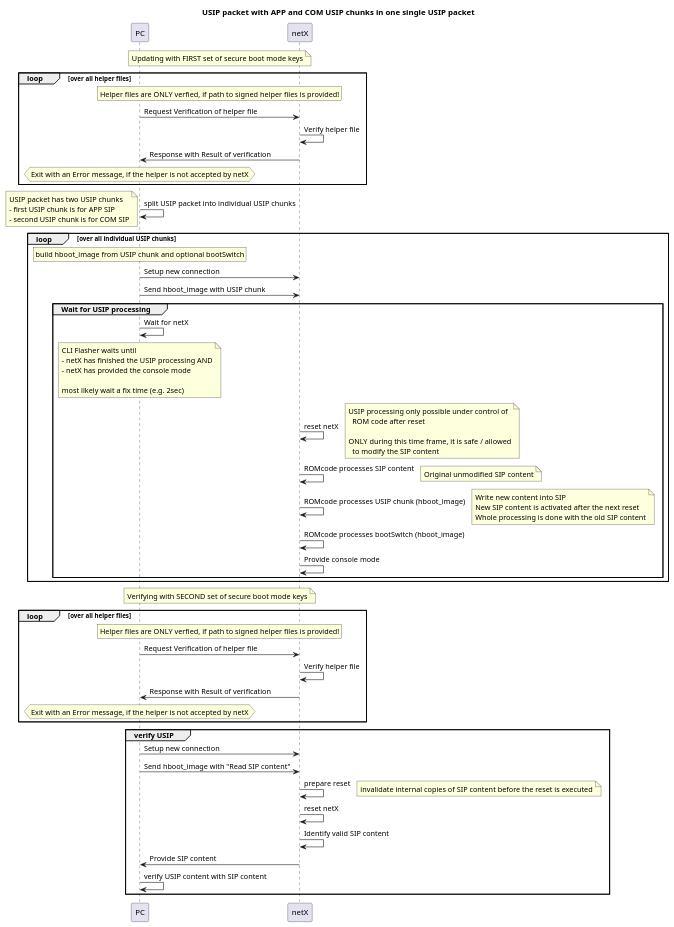
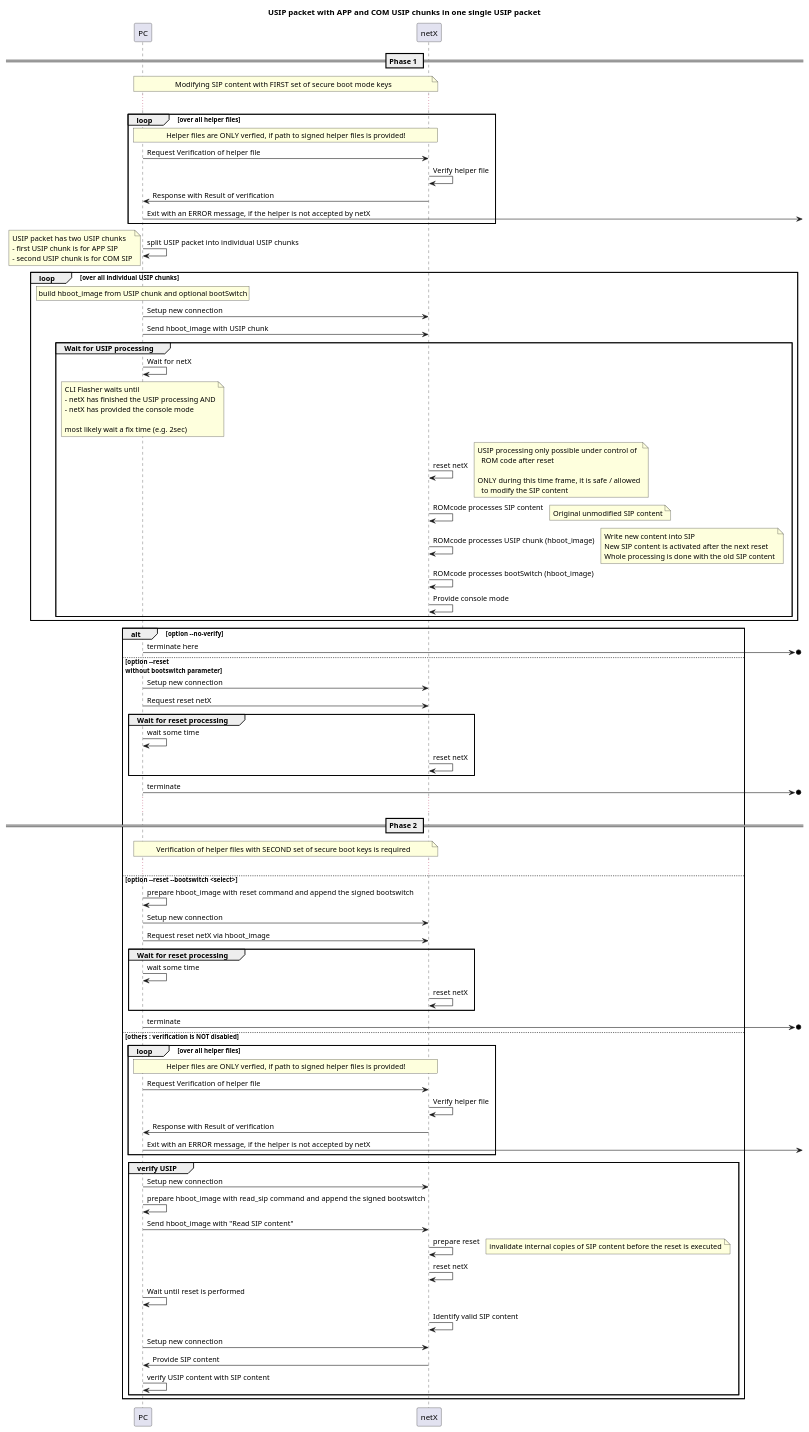
Before and after one commit to muhkuh-sys/org.muhkuh.tools-flasher: the diagram in doc/ImplementationDetails/USIP-Handling.plantuml, drawn with PlantUML.

Commit message:
[docu] improve documentation

```diff
--- a/doc/ImplementationDetails/USIP-Handling.plantuml
+++ b/doc/ImplementationDetails/USIP-Handling.plantuml
@@ -1,122 +1,179 @@
 @startuml
 
 ' USIP-Handling
 ' Sequence diagram
 
 /'
 
 '/
 
 title USIP packet with APP and COM USIP chunks in one single USIP packet
 
-note over PC, netX: Updating with FIRST set of secure boot mode keys 
+== Phase 1 ==
+note over PC, netX: Modifying SIP content with  FIRST set of secure boot mode keys 
+...
 
 loop over all helper files
   rnote across
     Helper files are ONLY verfied, if path to signed helper files is provided!
   endrnote
 
   PC -> netX: Request Verification of helper file
   netX -> netX: Verify helper file
   netX -> PC: Response with Result of verification
 
-  hnote over PC
-    Exit with an Error message, if the helper is not accepted by netX
-  endhnote
+  PC ->]: Exit with an ERROR message, if the helper is not accepted by netX
+
 end
 
 PC -> PC: split USIP packet into individual USIP chunks
 note left
 USIP packet has two USIP chunks
 - first USIP chunk is for APP SIP
 - second USIP chunk is for COM SIP
 end note
 
 
 loop over all individual USIP chunks
   rnote over PC
     build hboot_image from USIP chunk and optional bootSwitch
   endrnote
   
   PC -> netX: Setup new connection
   
   PC -> netX: Send hboot_image with USIP chunk
   
   group Wait for USIP processing
   
 
     PC -> PC: Wait for netX
     note over PC
       CLI Flasher waits until
       - netX has finished the USIP processing AND
       - netX has provided the console mode
   
       most likely wait a fix time (e.g. 2sec)
     end note
   
     netX -> netX: reset netX
     note right
       USIP processing only possible under control of
         ROM code after reset
     
       ONLY during this time frame, it is safe / allowed
         to modify the SIP content
     end note
     
     netX -> netX: ROMcode processes SIP content
     note right
       Original unmodified SIP content
     end note
     
     netX -> netX: ROMcode processes USIP chunk (hboot_image)
      note right
       Write new content into SIP
       New SIP content is activated after the next reset
       Whole processing is done with the old SIP content
     end note
 
     netX -> netX: ROMcode processes bootSwitch (hboot_image)
     
     netX -> netX: Provide console mode
   end
 
 end
 
-note across: Verifying with SECOND set of secure boot mode keys 
+/' check different command options
+  --reset perform a reset
 
-loop over all helper files
-  rnote across
-    Helper files are ONLY verfied, if path to signed helper files is provided!
-  endrnote
+'/
 
-  PC -> netX: Request Verification of helper file
-  netX -> netX: Verify helper file
-  netX -> PC: Response with Result of verification
+alt option --no-verify 
 
-  hnote over PC
-    Exit with an Error message, if the helper is not accepted by netX
-  endhnote
-end
+  PC ->o] : terminate here
 
-group verify USIP
+else option --reset\nwithout bootswitch parameter
 
   PC -> netX: Setup new connection
 
-  PC -> netX: Send hboot_image with "Read SIP content"
+  PC -> netX: Request reset netX
 
-  netX -> netX: prepare reset
-  note right
-    invalidate internal copies of SIP content before the reset is executed
-  end note
+  group Wait for reset processing
 
-  netX -> netX: reset netX
+      PC -> PC: wait some time
+      netX -> netX : reset netX
 
-  netX -> netX: Identify valid SIP content
+  end
 
-  netX -> PC: Provide SIP content
+  PC ->o] : terminate
 
-  PC -> PC: verify USIP content with SIP content
+...
+== Phase 2 ==
+  note across: Verification of helper files with SECOND set of secure boot keys is required
+...
 
+' string "--" should be written as <U+002D>-
+' if the string "--"" occurs two times, than it is translated to cross the word inbetween
+else option <U+002D>-reset <U+002D>-bootswitch <select>
+
+  PC -> PC: prepare hboot_image with reset command and append the signed bootswitch
+
+  PC -> netX: Setup new connection
+
+  PC -> netX: Request reset netX via hboot_image
+
+  group Wait for reset processing
+
+      PC -> PC: wait some time
+      netX -> netX : reset netX
+
+  end
+
+  PC ->o] : terminate
+
+
+' do a verification
+else others : verification is NOT disabled
+    
+  loop over all helper files
+    rnote across
+      Helper files are ONLY verfied, if path to signed helper files is provided!
+    endrnote
+  
+    PC -> netX: Request Verification of helper file
+    netX -> netX: Verify helper file
+    netX -> PC: Response with Result of verification
+  
+    PC ->]: Exit with an ERROR message, if the helper is not accepted by netX
+  end
+  
+  group verify USIP
+  
+    PC -> netX: Setup new connection
+  
+    PC -> PC: prepare hboot_image with read_sip command and append the signed bootswitch
+
+    PC -> netX: Send hboot_image with "Read SIP content"
+  
+    netX -> netX: prepare reset
+    note right
+      invalidate internal copies of SIP content before the reset is executed
+    end note
+  
+    netX -> netX: reset netX
+
+    PC -> PC: Wait until reset is performed
+  
+    netX -> netX: Identify valid SIP content
+  
+    PC -> netX: Setup new connection
+ 
+    netX -> PC: Provide SIP content
+  
+    PC -> PC: verify USIP content with SIP content
+  
+  end
+  
 end
-
+  
 @enduml
```
